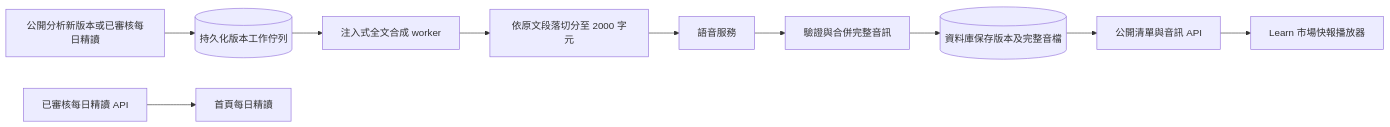
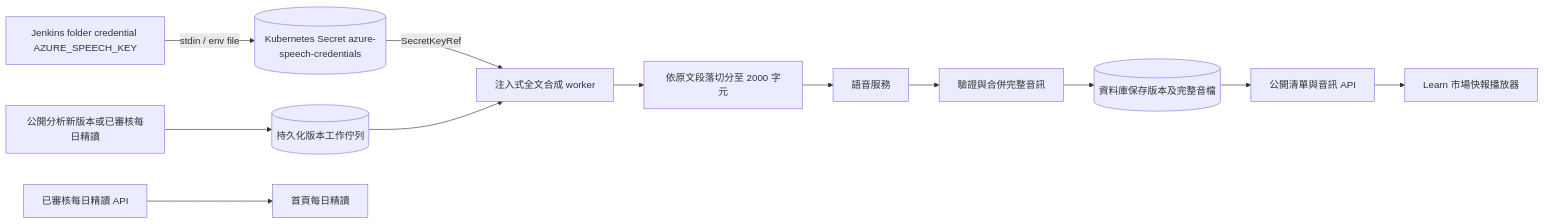
One commit to Vinskao/maya-sawa changed the first of 2 diagrams in docs/MARKET_AUDIO.md. Above: the diagram before and after it, drawn with Mermaid. The commit also changed other lines of this file and 3 other files, not shown here.

Commit message:
feat: secure Azure Speech key injection

````diff
--- a/docs/MARKET_AUDIO.md
+++ b/docs/MARKET_AUDIO.md
@@ -7,12 +7,14 @@
 ```mermaid
 flowchart LR
     A[公開分析新版本或已審核每日精讀] --> Q[(持久化版本工作佇列)]
+    J[Jenkins folder credential AZURE_SPEECH_KEY] -->|stdin / env file| K[(Kubernetes Secret azure-speech-credentials)]
+    K -->|SecretKeyRef| W[注入式全文合成 worker]
     Q --> W[注入式全文合成 worker]
     W --> T[依原文段落切分至 2000 字元]
     T --> S[語音服務]
     S --> V[驗證與合併完整音訊]
     V --> D[(資料庫保存版本及完整音檔)]
     D --> API[公開清單與音訊 API]
     API --> L[Learn 市場快報播放器]
     M[已審核每日精讀 API] --> H[首頁每日精讀]
 ```
````
